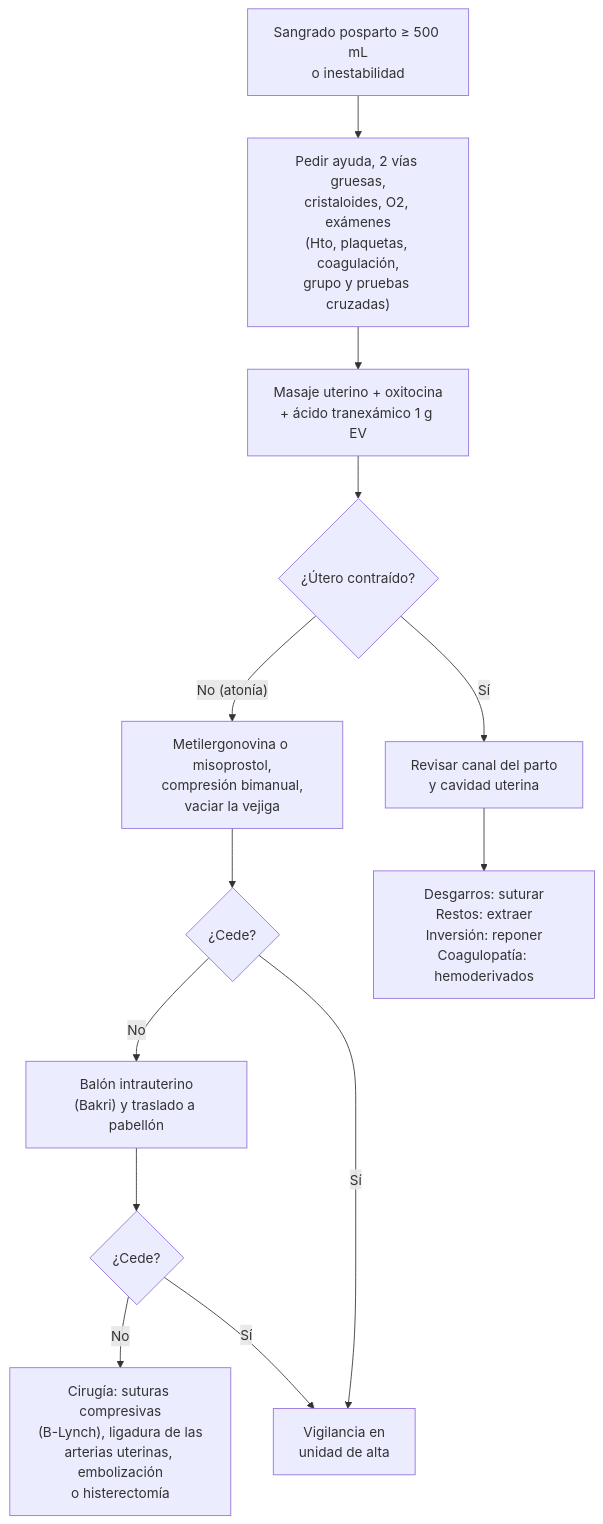
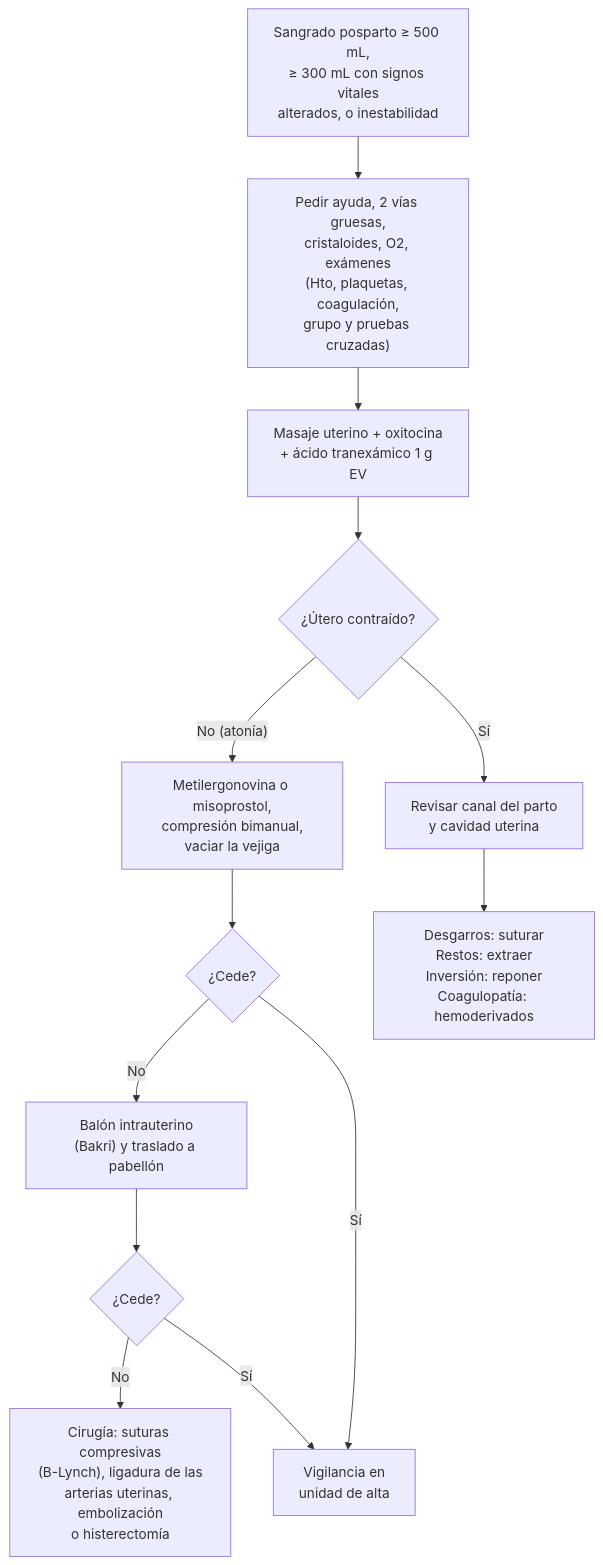
The diagram in docs/ginecologia-obstetricia/puerperio-hemorragia-posparto-endometritis-mastitis-y-lactancia.md (jorgevillagrareyes-dotcom/laficha), drawn with Mermaid before and after one commit. The commit also changed other lines of this file, not shown here.

First line of the commit message:
Actualización: hemorragia posparto según la guía consolidada OMS/FIGO/ICM 2025

````diff
--- a/docs/ginecologia-obstetricia/puerperio-hemorragia-posparto-endometritis-mastitis-y-lactancia.md
+++ b/docs/ginecologia-obstetricia/puerperio-hemorragia-posparto-endometritis-mastitis-y-lactancia.md
@@ -104,15 +105,15 @@
 ```mermaid
 flowchart TD
-    A["Sangrado posparto ≥ 500 mL<br/>o inestabilidad"] --> B["Pedir ayuda, 2 vías gruesas,<br/>cristaloides, O2, exámenes<br/>(Hto, plaquetas, coagulación,<br/>grupo y pruebas cruzadas)"]
+    A["Sangrado posparto ≥ 500 mL,<br/>≥ 300 mL con signos vitales<br/>alterados, o inestabilidad"] --> B["Pedir ayuda, 2 vías gruesas,<br/>cristaloides, O2, exámenes<br/>(Hto, plaquetas, coagulación,<br/>grupo y pruebas cruzadas)"]
     B --> C["Masaje uterino + oxitocina<br/>+ ácido tranexámico 1 g EV"]
     C --> D{"¿Útero contraído?"}
     D -- "No (atonía)" --> E["Metilergonovina o misoprostol,<br/>compresión bimanual,<br/>vaciar la vejiga"]
     D -- Sí --> F["Revisar canal del parto<br/>y cavidad uterina"]
     F --> G["Desgarros: suturar<br/>Restos: extraer<br/>Inversión: reponer<br/>Coagulopatía: hemoderivados"]
     E --> H{"¿Cede?"}
     H -- No --> I["Balón intrauterino<br/>(Bakri) y traslado a pabellón"]
     I --> J{"¿Cede?"}
     J -- No --> K["Cirugía: suturas compresivas<br/>(B-Lynch), ligadura de las<br/>arterias uterinas, embolización<br/>o histerectomía"]
     H -- Sí --> L["Vigilancia en<br/>unidad de alta"]
     J -- Sí --> L
 ```
````
